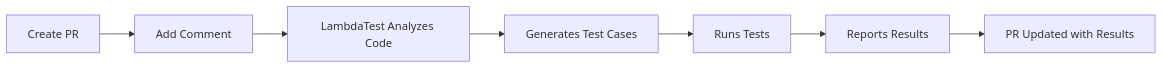
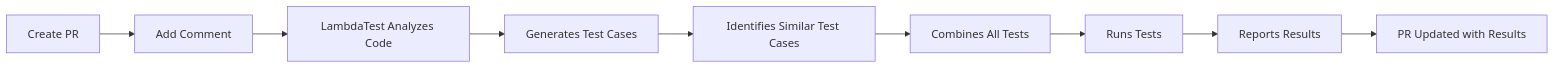
One commit to LambdaTest/lambdatest-github-app-sample changed the diagram in README.md. Above: the diagram before and after it, drawn with Mermaid. The commit also changed other lines of this file, not shown here.

````diff
--- a/README.md
+++ b/README.md
@@ -157,9 +162,11 @@
 ```mermaid
 graph LR
     A[Create PR] --> B[Add Comment]
     B --> C[LambdaTest Analyzes Code]
     C --> D[Generates Test Cases]
-    D --> E[Runs Tests]
-    E --> F[Reports Results]
-    F --> G[PR Updated with Results]
+    D --> E[Identifies Similar Test Cases]
+    E --> F[Combines All Tests]
+    F --> G[Runs Tests]
+    G --> H[Reports Results]
+    H --> I[PR Updated with Results]
 ```
````
